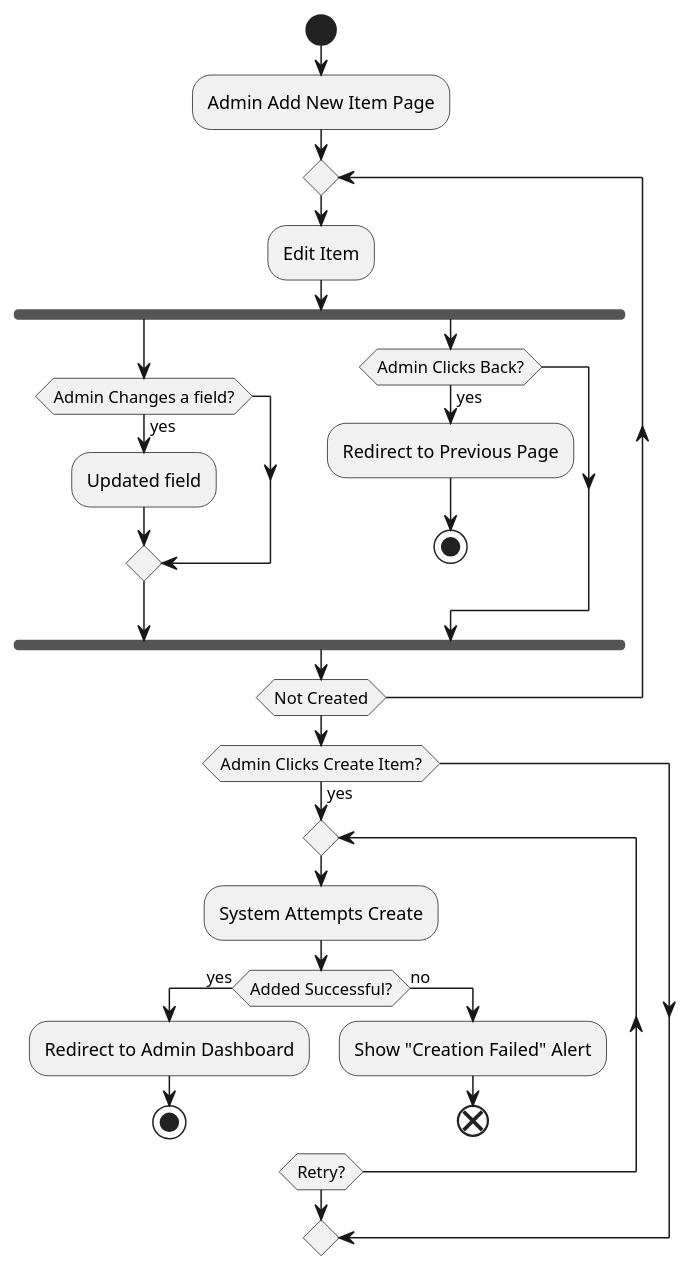
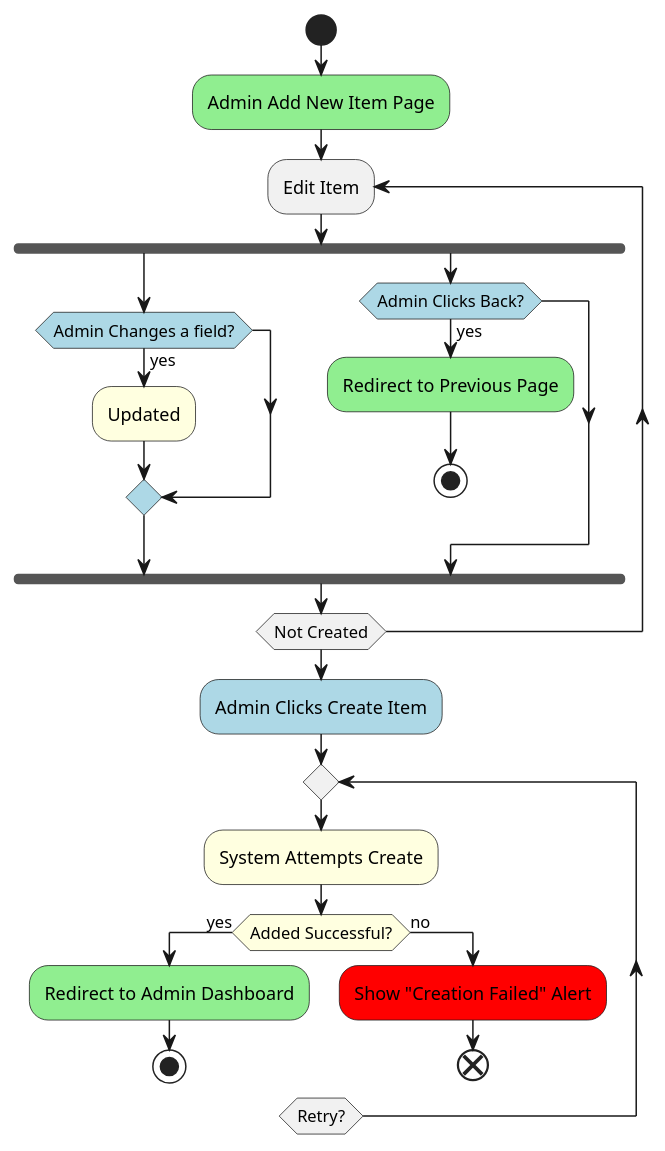
Before and after one commit to MuhannadYazbak/ecommerce: the diagram in src/components/admin/AdminNewItemDiagram.puml, drawn with PlantUML. The commit also changed 6 other files, not shown here.

```diff
--- a/src/components/admin/AdminNewItemDiagram.puml
+++ b/src/components/admin/AdminNewItemDiagram.puml
@@ -1,33 +1,36 @@
 @startuml AdminNewItemDiagram
+skinparam activity {
+    BackgroundColor<<repeat>> #f8d7da
+    BorderColor<<repeat>> #a94442
+    FontColor<<repeat>> black
+}
 start
-:Admin Add New Item Page;
+#lightgreen:Admin Add New Item Page;
 
-repeat 
-  :Edit Item;
+repeat :Edit Item;
   
   fork
-    if (Admin Changes a field?) then (yes)
-      :Updated field;
+    #lightblue:if (Admin Changes a field?) then (yes)
+      #Lightyellow:Updated;
     endif
   fork again
-    if (Admin Clicks Back?) then (yes)
-      :Redirect to Previous Page;
+    #lightblue:if (Admin Clicks Back?) then (yes)
+      #lightgreen:Redirect to Previous Page;
       stop
     endif
   end fork
 
 repeat while (Not Created)
 
-if (Admin Clicks Create Item?) then (yes)
+#LightBlue:Admin Clicks Create Item;
   repeat
-  :System Attempts Create;
-  if (Added Successful?) then (yes)
-    :Redirect to Admin Dashboard;
+  #LightYellow:System Attempts Create;
+  #lightyellow:if (Added Successful?) then (yes)
+    #LightGreen:Redirect to Admin Dashboard;
     stop
   else (no)
-    :Show "Creation Failed" Alert;
+    #red:Show "Creation Failed" Alert;
     end
   endif
 repeat while (Retry?)
-endif
 @enduml
```
